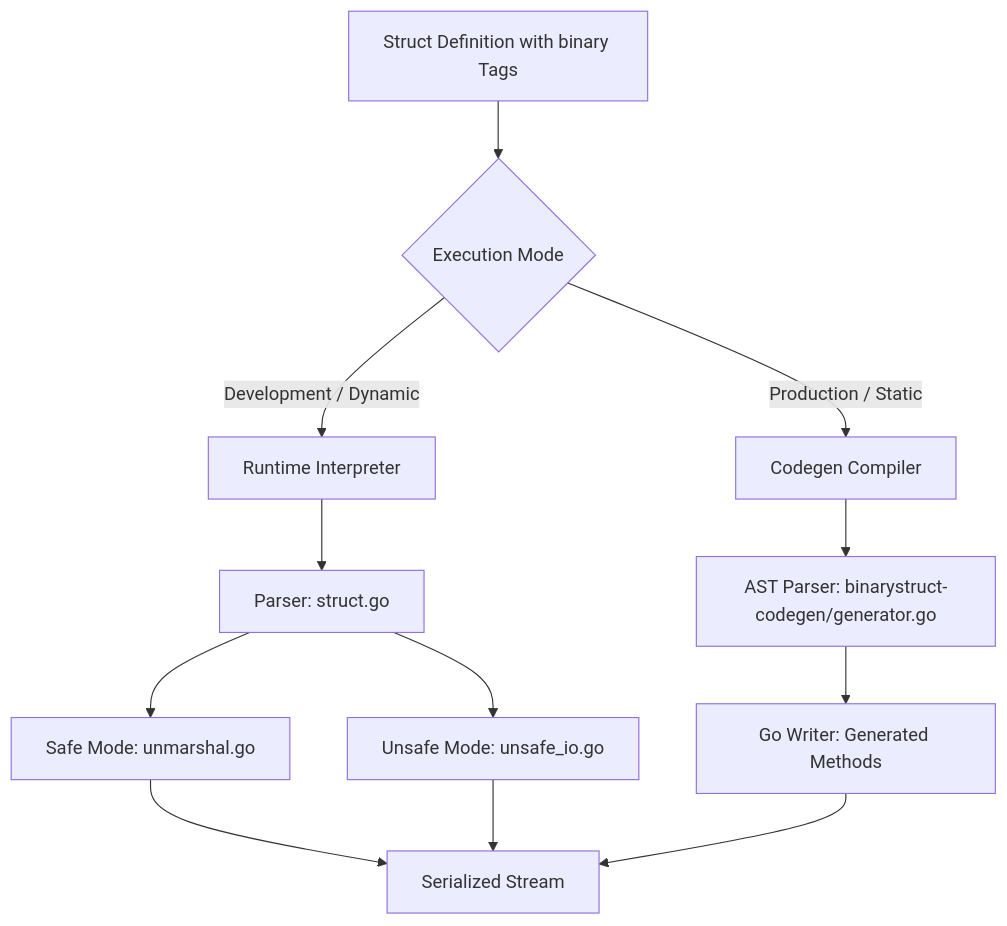
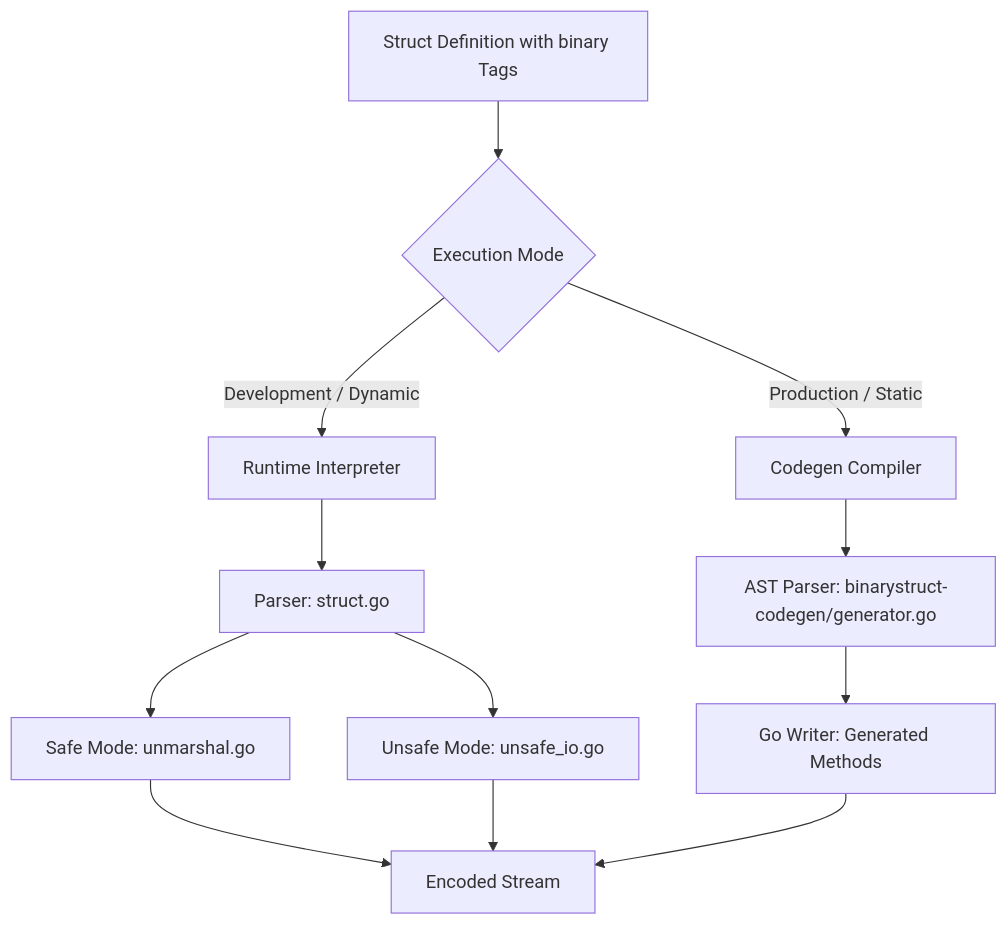
The diagram in SPECIFICATION.md (mixcode/binarystruct), drawn with Mermaid before and after one commit. The commit also changed other lines of this file and 11 other files, not shown here.

````diff
--- a/SPECIFICATION.md
+++ b/SPECIFICATION.md
@@ -104,17 +106,17 @@
 ```mermaid
 graph TD
     A[Struct Definition with binary Tags] --> B{Execution Mode}
     B -->|Development / Dynamic| C[Runtime Interpreter]
     B -->|Production / Static| D[Codegen Compiler]
     
     C --> C1[Parser: struct.go]
     C1 --> C2[Safe Mode: unmarshal.go]
     C1 --> C3[Unsafe Mode: unsafe_io.go]
     
     D --> D1[AST Parser: binarystruct-codegen/generator.go]
     D1 --> D2[Go Writer: Generated Methods]
     
-    C2 --> E[Serialized Stream]
+    C2 --> E[Encoded Stream]
     C3 --> E
     D2 --> E
 ```
````
